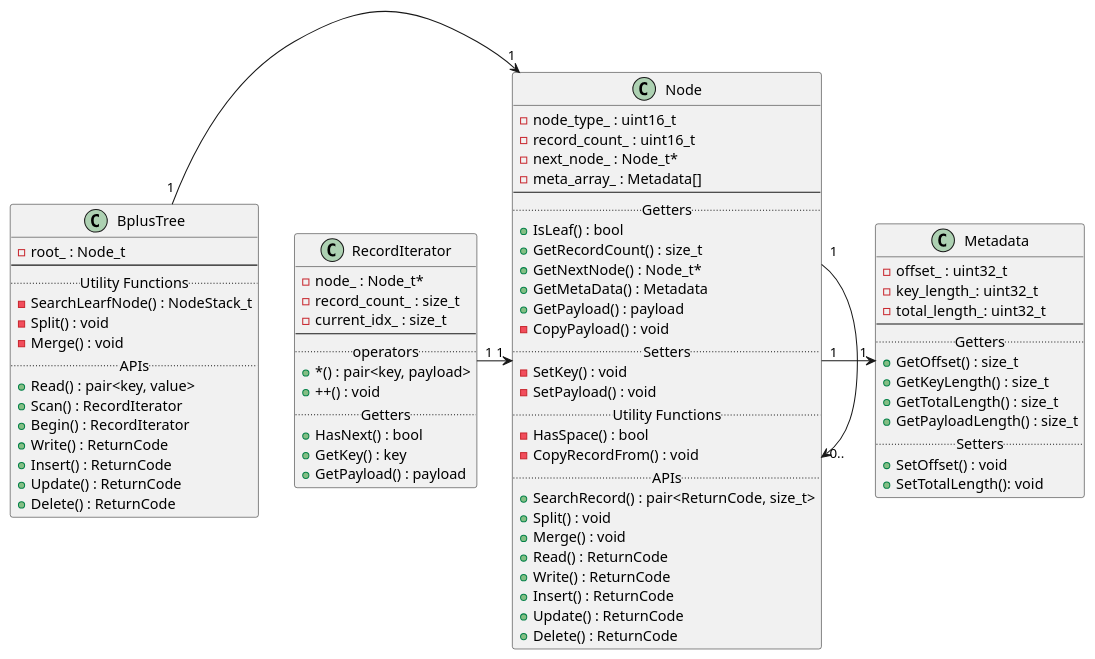
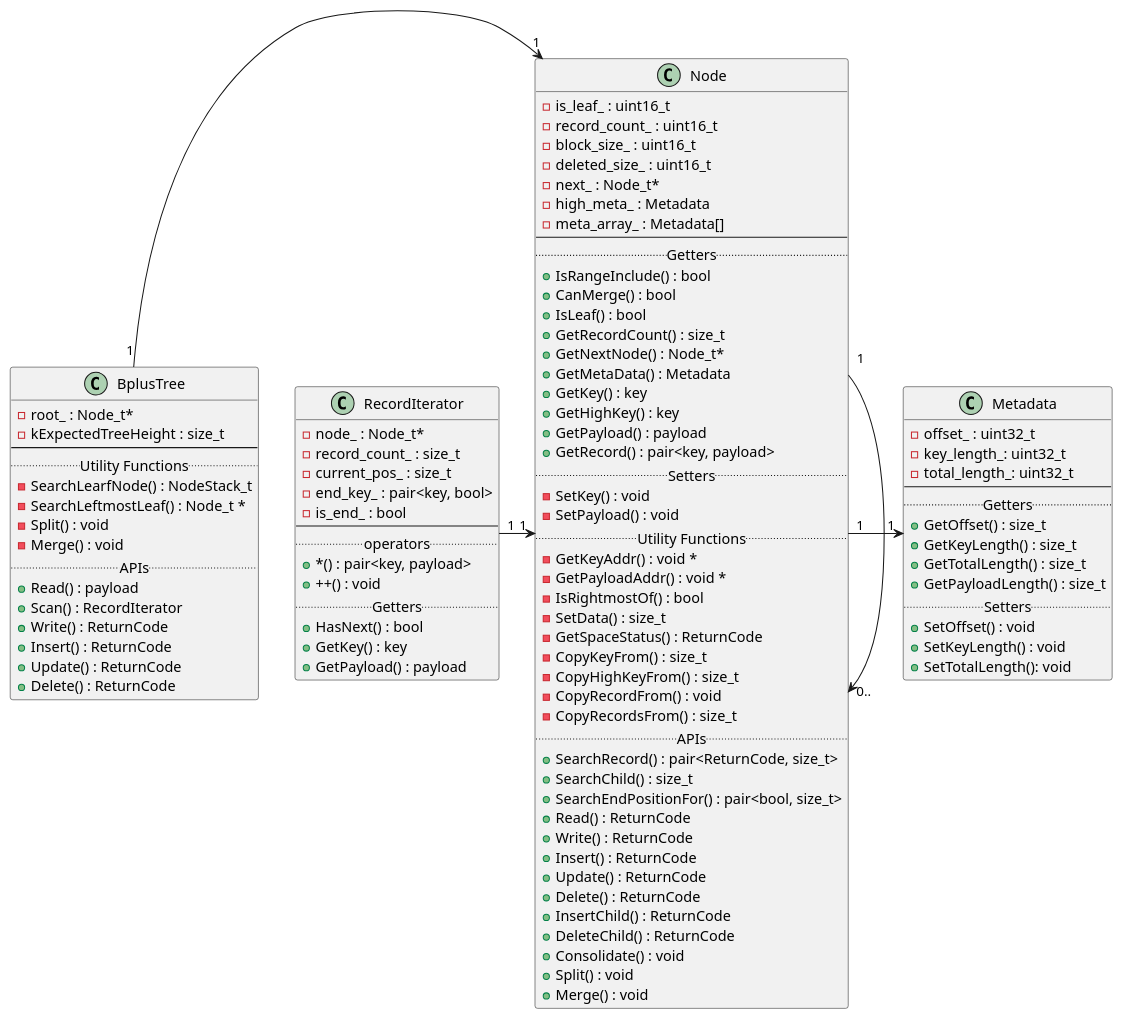
Before and after one commit to dbgroup-nagoya-u/b-tree: the diagram in design_doc/figures/src/class.wsd, drawn with PlantUML. The commit also changed 1 other file, not shown here.

Commit message:
modify b+tree class diagram

```diff
--- a/design_doc/figures/src/class.wsd
+++ b/design_doc/figures/src/class.wsd
@@ -1,84 +1,107 @@
 @startuml
 
 class BplusTree{
-  -root_ : Node_t
+  -root_ : Node_t*
+  -kExpectedTreeHeight : size_t
 --
 .. Utility Functions ..
   -SearchLearfNode() : NodeStack_t
+  -SearchLeftmostLeaf() : Node_t *
   -Split() : void
   -Merge() : void
 .. APIs ..
-  +Read() : pair<key, value>
+  +Read() : payload
   +Scan() : RecordIterator
-  +Begin() : RecordIterator
   +Write() : ReturnCode
   +Insert() : ReturnCode
   +Update() : ReturnCode
   +Delete() : ReturnCode
 }
 
 class Node{
-  -node_type_ : uint16_t
+  -is_leaf_ : uint16_t
   -record_count_ : uint16_t
-  -next_node_ : Node_t*
+  -block_size_ : uint16_t
+  -deleted_size_ : uint16_t
+  -next_ : Node_t*
+  -high_meta_ : Metadata
   -meta_array_ : Metadata[]
 --
 .. Getters ..
+  +IsRangeInclude() : bool
+  +CanMerge() : bool
   +IsLeaf() : bool
   +GetRecordCount() : size_t
   +GetNextNode() : Node_t*
   +GetMetaData() : Metadata
+  +GetKey() : key
+  +GetHighKey() : key
   +GetPayload() : payload
-  -CopyPayload() : void
+  +GetRecord() : pair<key, payload>
 .. Setters ..
   -SetKey() : void
   -SetPayload() : void
 .. Utility Functions ..
-  -HasSpace() : bool
+  -GetKeyAddr() : void *
+  -GetPayloadAddr() : void *
+  -IsRightmostOf() : bool
+  -SetData() : size_t
+  -GetSpaceStatus() : ReturnCode
+  -CopyKeyFrom() : size_t
+  -CopyHighKeyFrom() : size_t
   -CopyRecordFrom() : void
+  -CopyRecordsFrom() : size_t
 .. APIs ..
   +SearchRecord() : pair<ReturnCode, size_t>
-  +Split() : void
-  +Merge() : void
+  +SearchChild() : size_t
+  +SearchEndPositionFor() : pair<bool, size_t>
   +Read() : ReturnCode
   +Write() : ReturnCode
   +Insert() : ReturnCode
   +Update() : ReturnCode
   +Delete() : ReturnCode
+  +InsertChild() : ReturnCode
+  +DeleteChild() : ReturnCode
+  +Consolidate() : void
+  +Split() : void
+  +Merge() : void
 }
 
 class Metadata{
   -offset_ : uint32_t
   -key_length_: uint32_t
   -total_length_: uint32_t
 --
 .. Getters ..
   +GetOffset() : size_t
   +GetKeyLength() : size_t
   +GetTotalLength() : size_t
   +GetPayloadLength() : size_t
 .. Setters ..
   +SetOffset() : void
+  +SetKeyLength() : void
   +SetTotalLength(): void
 }
 
 class RecordIterator{
   -node_ : Node_t*
   -record_count_ : size_t
-  -current_idx_ : size_t
+  -current_pos_ : size_t
+  -end_key_ : pair<key, bool>
+  -is_end_ : bool
 --
 .. operators ..
   + *() : pair<key, payload>
   + ++() : void
 .. Getters ..
   +HasNext() : bool
   +GetKey() : key
   +GetPayload() : payload
 }
 
 BplusTree "1" -> "1" Node
 Node "1" -> "1" Metadata
 Node "1" -> "0.." Node
 RecordIterator "1" -> "1" Node
 
 @enduml
```
